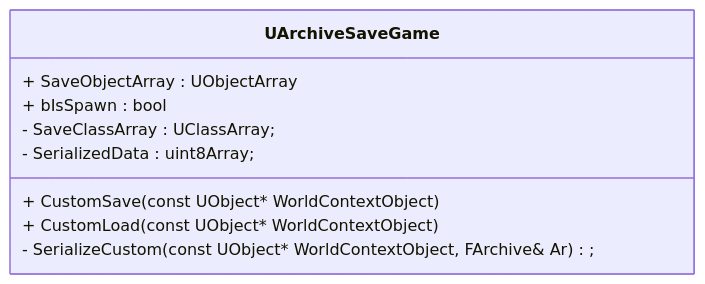
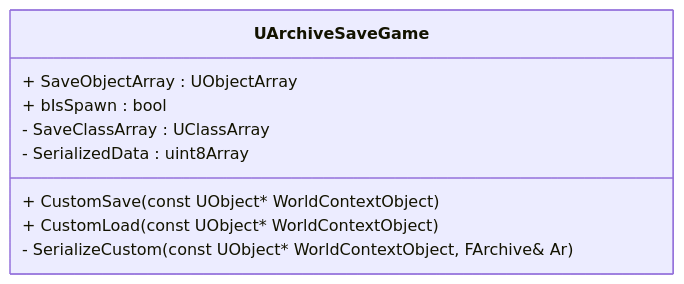
Before and after one commit to antae714/antae714.github.io: the first of 5 diagrams in _posts/UnrealProject/2025-06-28-SaveGame.md, drawn with Mermaid. The commit also changed other lines of this file, not shown here.

````diff
--- a/_posts/UnrealProject/2025-06-28-SaveGame.md
+++ b/_posts/UnrealProject/2025-06-28-SaveGame.md
@@ -31,13 +32,12 @@
 ``` mermaid
-
 classDiagram
     class UArchiveSaveGame{
-	+ SaveObjectArray : UObjectArray
-	+ bIsSpawn : bool 
-	- SaveClassArray : UClassArray;
-	- SerializedData : uint8Array;
-    + CustomSave(const UObject* WorldContextObject)
-	+ CustomLoad(const UObject* WorldContextObject)
-	- SerializeCustom(const UObject* WorldContextObject, FArchive& Ar);
+		+ SaveObjectArray : UObjectArray
+		+ bIsSpawn : bool 
+		- SaveClassArray : UClassArray
+		- SerializedData : uint8Array
+		+ CustomSave(const UObject* WorldContextObject)
+		+ CustomLoad(const UObject* WorldContextObject)
+		- SerializeCustom(const UObject* WorldContextObject, FArchive& Ar)
     }
 ```
````
